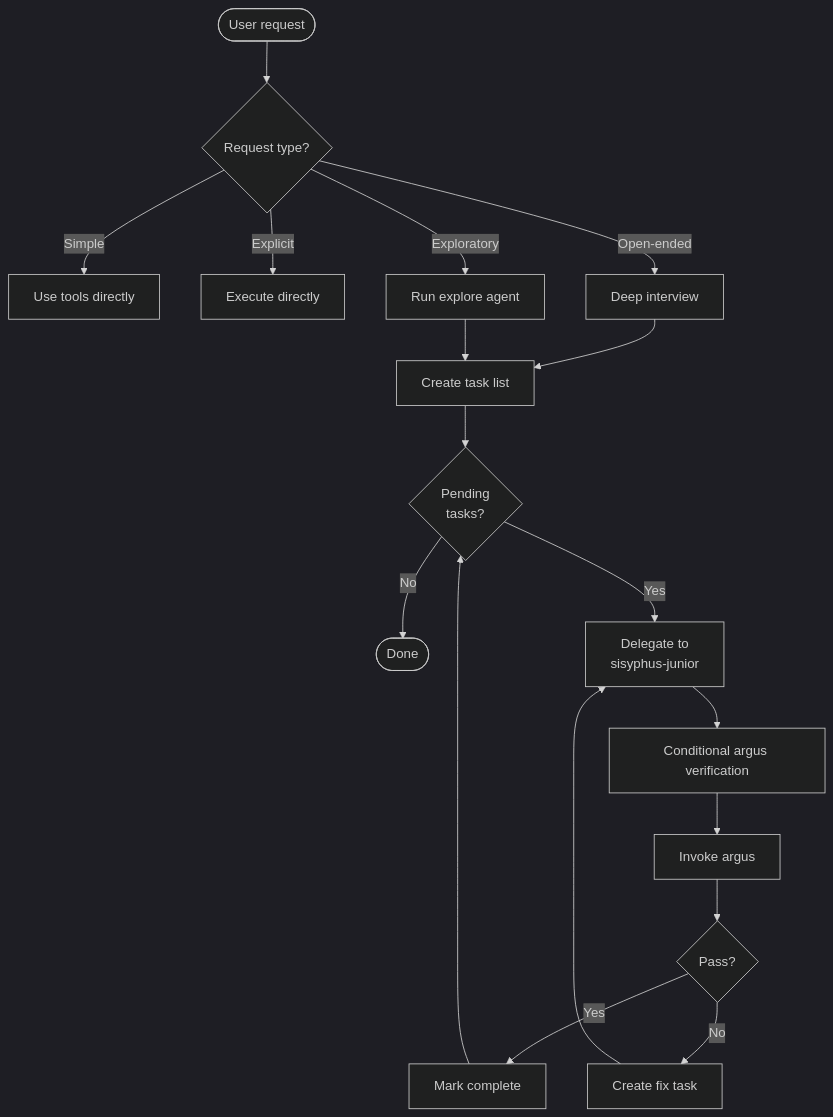
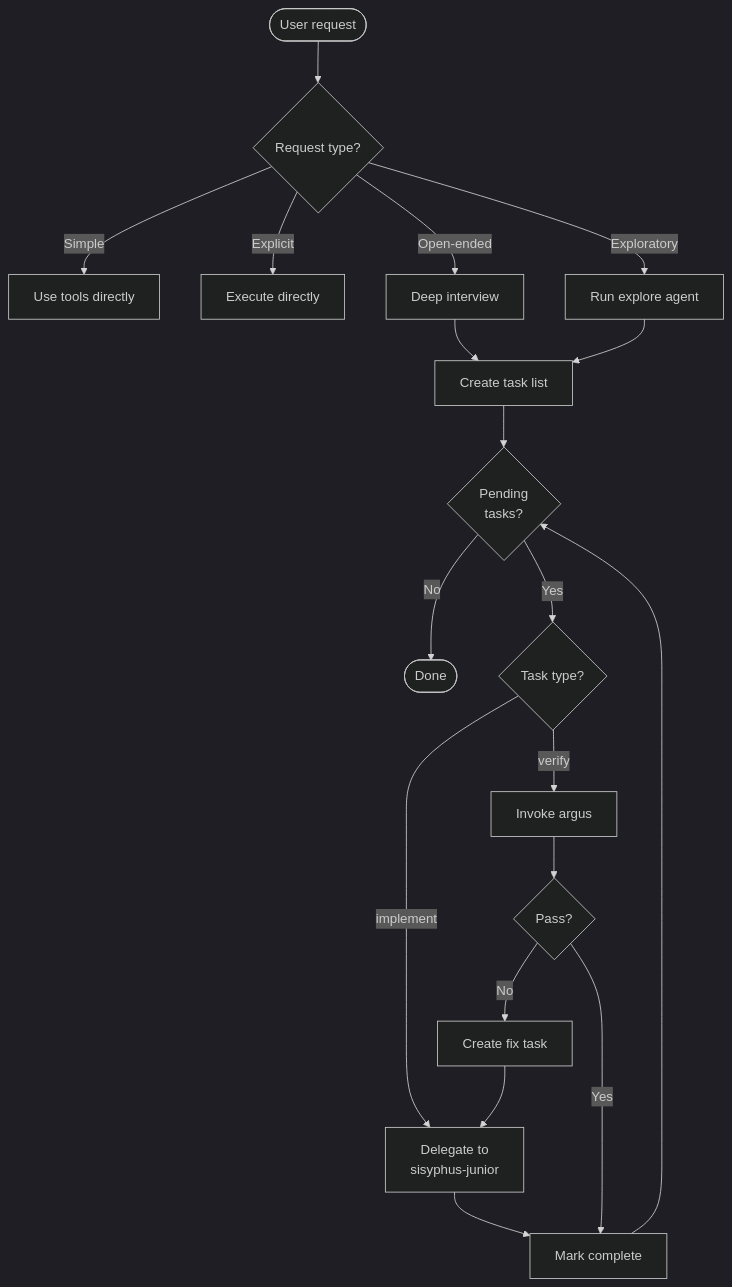
The fourth of 4 diagrams in docs/skills/core-pipeline.en.md (toongri/oh-my-toong-playground), drawn with Mermaid (dark theme) before and after one commit. The commit also changed other lines of this file and 8 other files, not shown here.

First line of the commit message:
refactor(sisyphus): verify-gated 하이브리드 구현 경로 제거

````diff
--- a/docs/skills/core-pipeline.en.md
+++ b/docs/skills/core-pipeline.en.md
@@ -130,22 +130,23 @@
 ```mermaid
 flowchart TB
     Start([User request]) --> Classify{Request type?}
     Classify -->|Simple| Direct[Use tools directly]
     Classify -->|Explicit| Execute[Execute directly]
     Classify -->|Exploratory| Explore[Run explore agent]
     Classify -->|Open-ended| Interview[Deep interview]
 
     Interview --> Tasks[Create task list]
     Explore --> Tasks
 
     Tasks --> Loop{Pending<br/>tasks?}
     Loop -->|No| Done([Done])
-    Loop -->|Yes| Delegate[Delegate to<br/>sisyphus-junior]
-    Delegate --> Ignore["Conditional argus verification"]
-    Ignore --> Review[Invoke argus]
+    Loop -->|Yes| Route{Task type?}
+    Route -->|implement| Delegate[Delegate to<br/>sisyphus-junior]
+    Delegate --> Complete[Mark complete]
+    Route -->|verify| Review[Invoke argus]
     Review --> Pass{Pass?}
-    Pass -->|Yes| Complete[Mark complete]
+    Pass -->|Yes| Complete
     Pass -->|No| Fix[Create fix task]
     Fix --> Delegate
     Complete --> Loop
 ```
````
